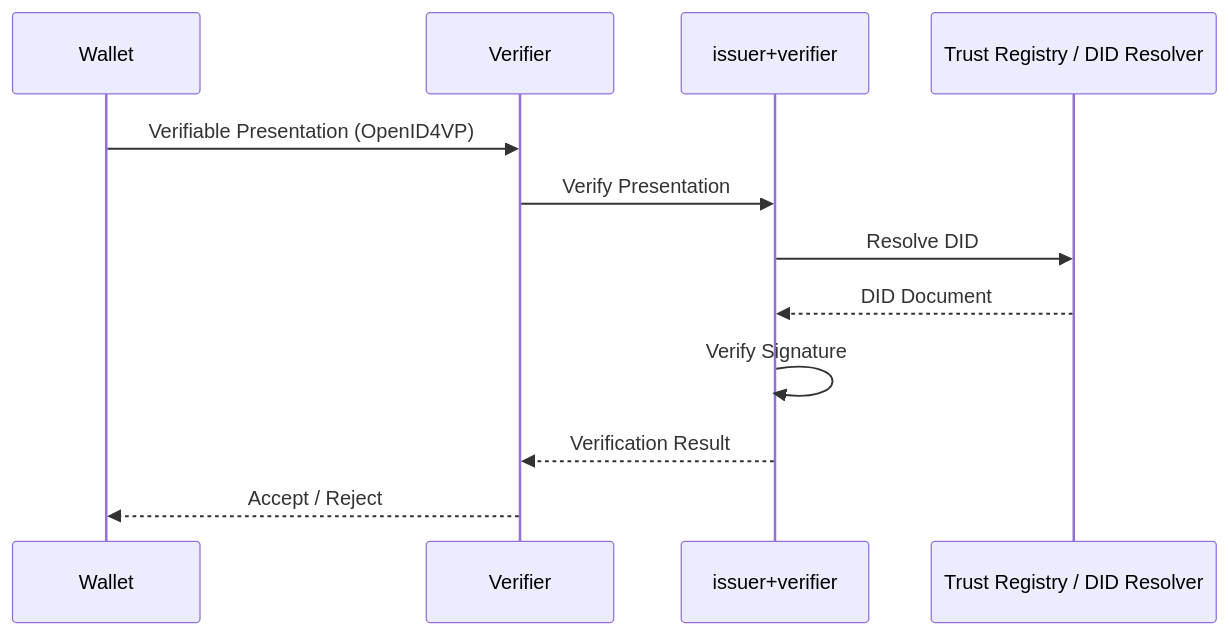
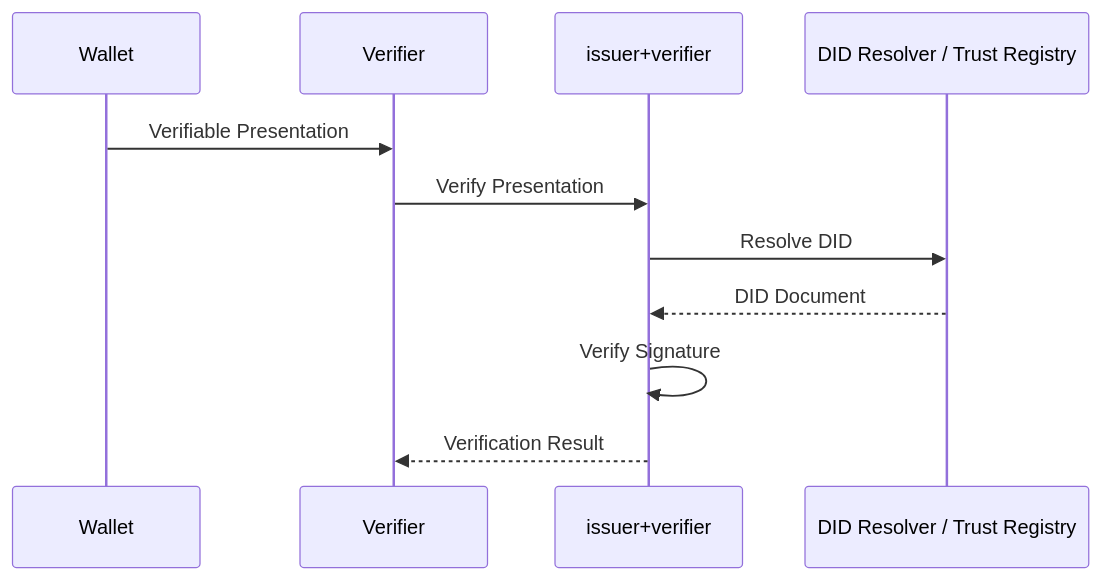
One commit to trustknots/vcknots changed the fourth of 5 diagrams in docs/en/architecture-overview.md. Above: the diagram before and after it, drawn with Mermaid. The commit also changed other lines of this file and 1 other file, not shown here.

Commit message:
docs: transrate architecture overview

````diff
--- a/docs/en/architecture-overview.md
+++ b/docs/en/architecture-overview.md
@@ -141,22 +145,20 @@
 ```mermaid
 sequenceDiagram
 
     participant Wallet
     participant Verifier
     participant Library as issuer+verifier
-    participant Trust as Trust Registry / DID Resolver
+    participant Trust as DID Resolver / Trust Registry
 
-    Wallet->>Verifier: Verifiable Presentation (OpenID4VP)
+    Wallet->>Verifier: Verifiable Presentation
 
     Verifier->>Library: Verify Presentation
 
     Library->>Trust: Resolve DID
 
     Trust-->>Library: DID Document
 
     Library->>Library: Verify Signature
 
     Library-->>Verifier: Verification Result
-
-    Verifier-->>Wallet: Accept / Reject
 ```
````
